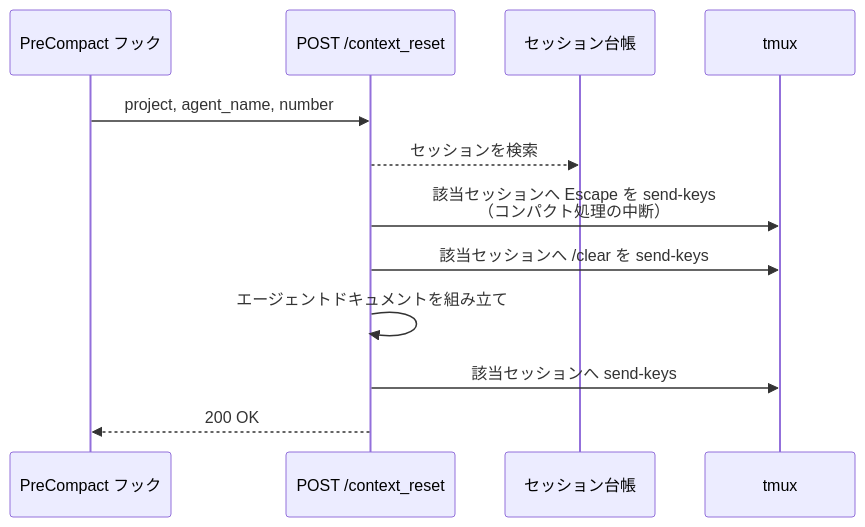
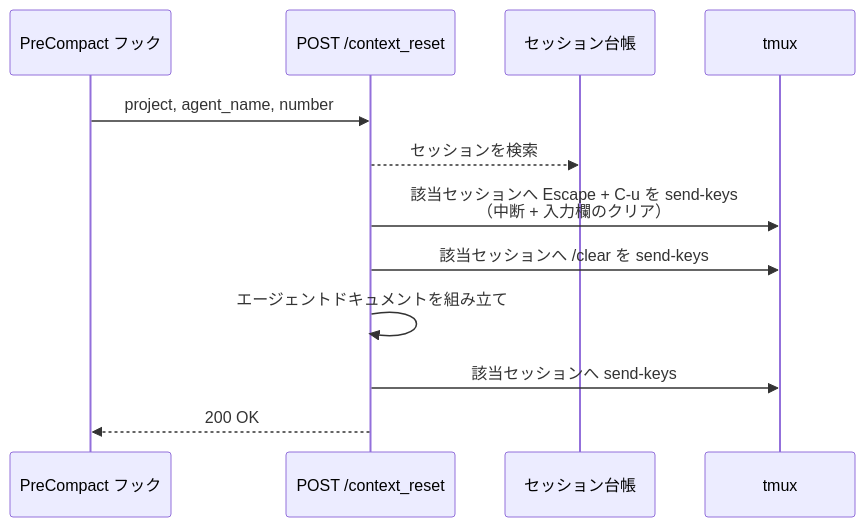
The first of 2 diagrams in docs/wiki/設計図/バックエンド結合/コンテキストリセット.py.md (shuhei1101/ai-monitor), drawn with Mermaid before and after one commit. The commit also changed other lines of this file and 13 other files, not shown here.

````diff
--- a/docs/wiki/設計図/バックエンド結合/コンテキストリセット.py.md
+++ b/docs/wiki/設計図/バックエンド結合/コンテキストリセット.py.md
@@ -86,15 +86,15 @@
 ```mermaid
 sequenceDiagram
   participant H as PreCompact フック
   participant IF as POST /context_reset
   participant REG as セッション台帳
   participant TMUX as tmux
 
   H->>IF: project, agent_name, number
   IF-->>REG: セッションを検索
-  IF->>TMUX: 該当セッションへ Escape を send-keys<br>（コンパクト処理の中断）
+  IF->>TMUX: 該当セッションへ Escape + C-u を send-keys<br>（中断 + 入力欄のクリア）
   IF->>TMUX: 該当セッションへ /clear を send-keys
   IF->>IF: エージェントドキュメントを組み立て
   IF->>TMUX: 該当セッションへ send-keys
   IF-->>H: 200 OK
 ```
````
